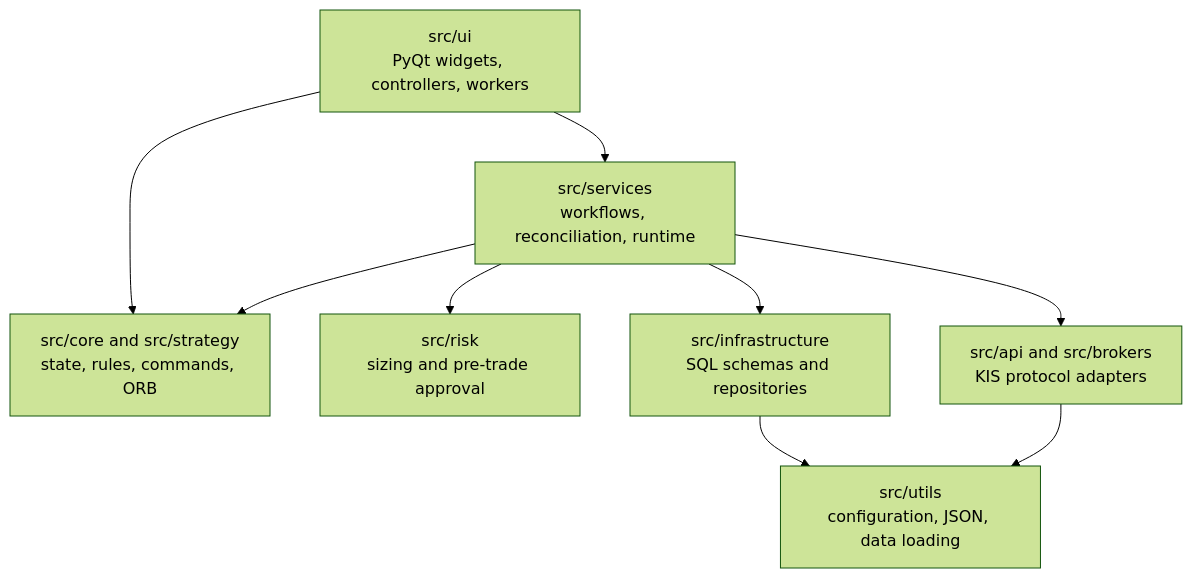
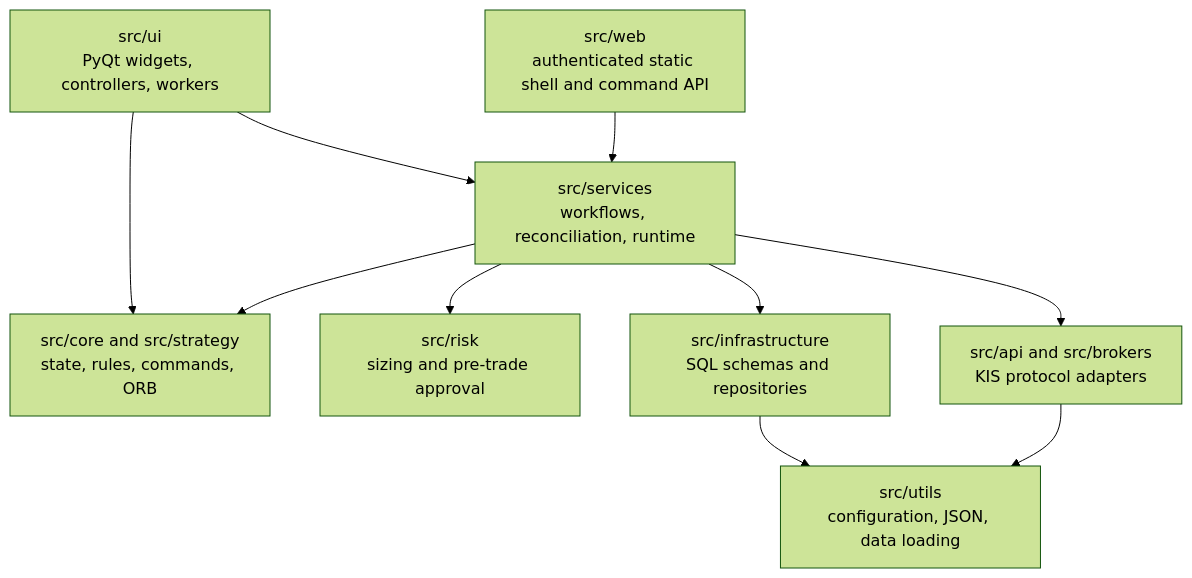
The diagram in docs/wiki/Architecture.md (cafe-auvers/quant_app), drawn with Mermaid (forest theme) before and after one commit. The commit also changed other lines of this file and 42 other files, not shown here.

````diff
--- a/docs/wiki/Architecture.md
+++ b/docs/wiki/Architecture.md
@@ -5,19 +5,21 @@
 ```mermaid
 flowchart TB
     UI[src/ui<br/>PyQt widgets, controllers, workers]
+    Web[src/web<br/>authenticated static shell and command API]
     Core[src/core and src/strategy<br/>state, rules, commands, ORB]
     Risk[src/risk<br/>sizing and pre-trade approval]
     Services[src/services<br/>workflows, reconciliation, runtime]
     Infra[src/infrastructure<br/>SQL schemas and repositories]
     API[src/api and src/brokers<br/>KIS protocol adapters]
     Storage[src/utils<br/>configuration, JSON, data loading]
 
     UI --> Core
     UI --> Services
+    Web --> Services
     Services --> Core
     Services --> Risk
     Services --> Infra
     Services --> API
     Infra --> Storage
     API --> Storage
 ```
````
